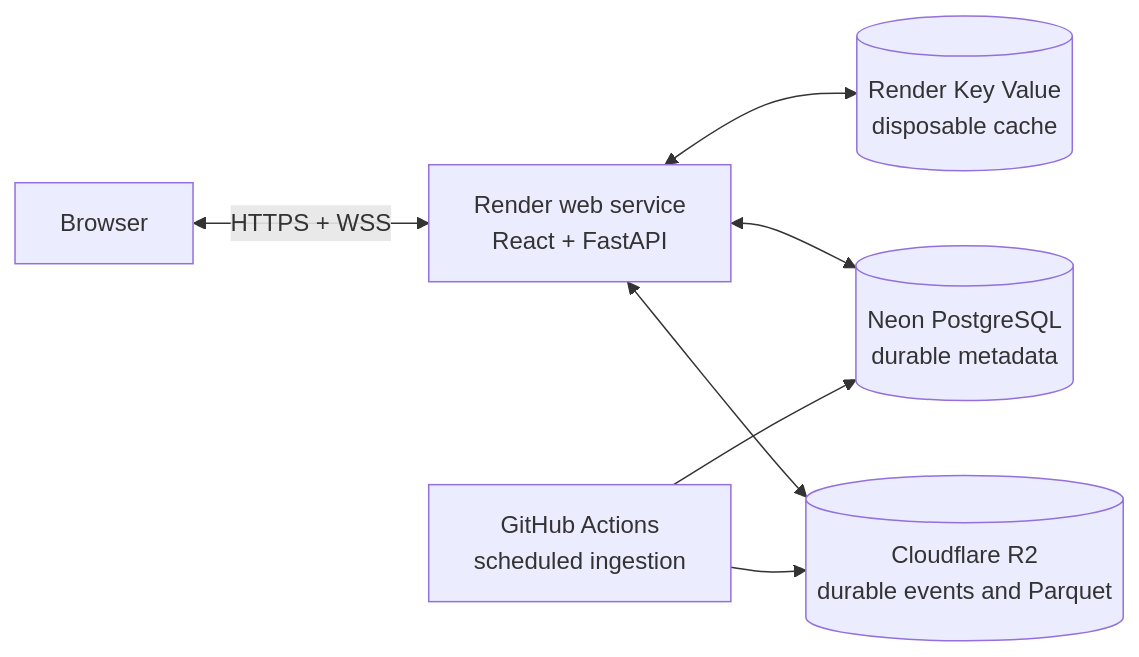
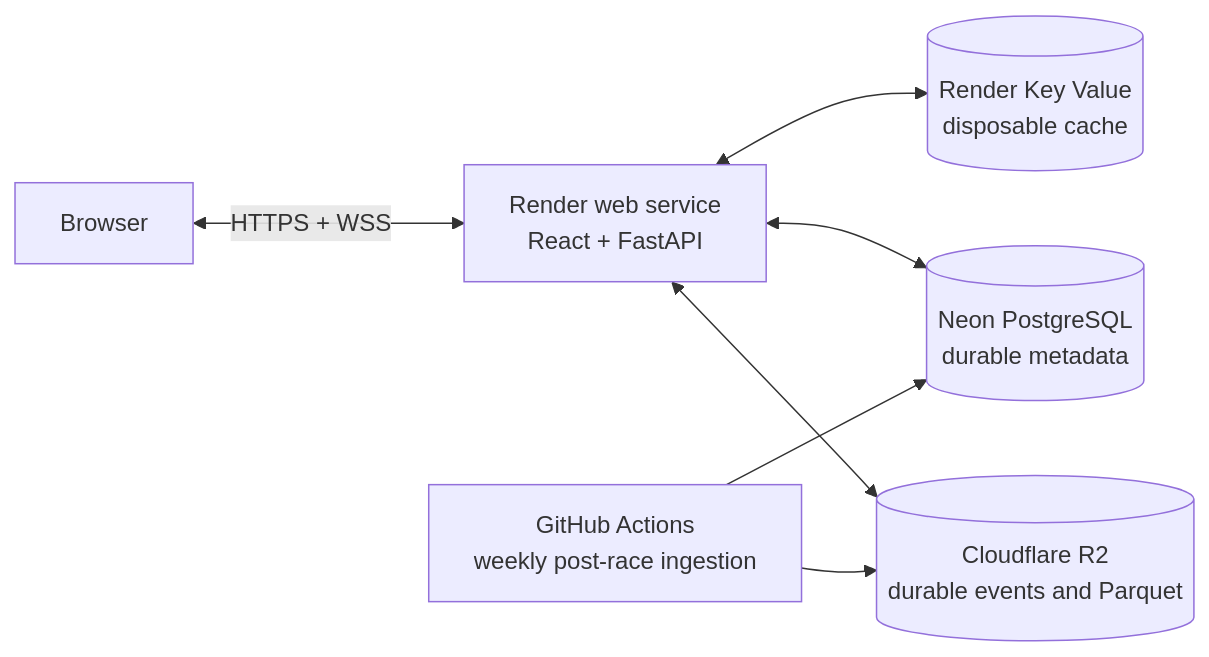
The diagram in docs/deployment.md (mohika05/pitwall), drawn with Mermaid before and after one commit. The commit also changed other lines of this file and 4 other files, not shown here.

Commit message:
update historical ingestion to after race

````diff
--- a/docs/deployment.md
+++ b/docs/deployment.md
@@ -10,9 +10,9 @@
 ```mermaid
 flowchart LR
     U[Browser] <-->|HTTPS + WSS| R[Render web service<br/>React + FastAPI]
     R <--> K[(Render Key Value<br/>disposable cache)]
     R <--> N[(Neon PostgreSQL<br/>durable metadata)]
     R <--> O[(Cloudflare R2<br/>durable events and Parquet)]
-    G[GitHub Actions<br/>scheduled ingestion] --> N
+    G[GitHub Actions<br/>weekly post-race ingestion] --> N
     G --> O
 ```
````
